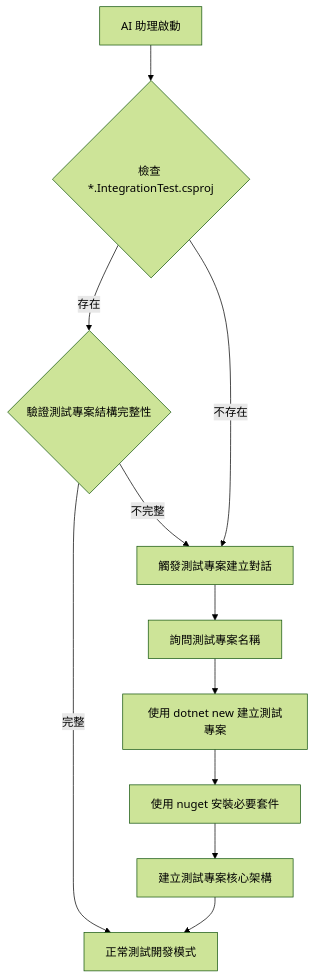
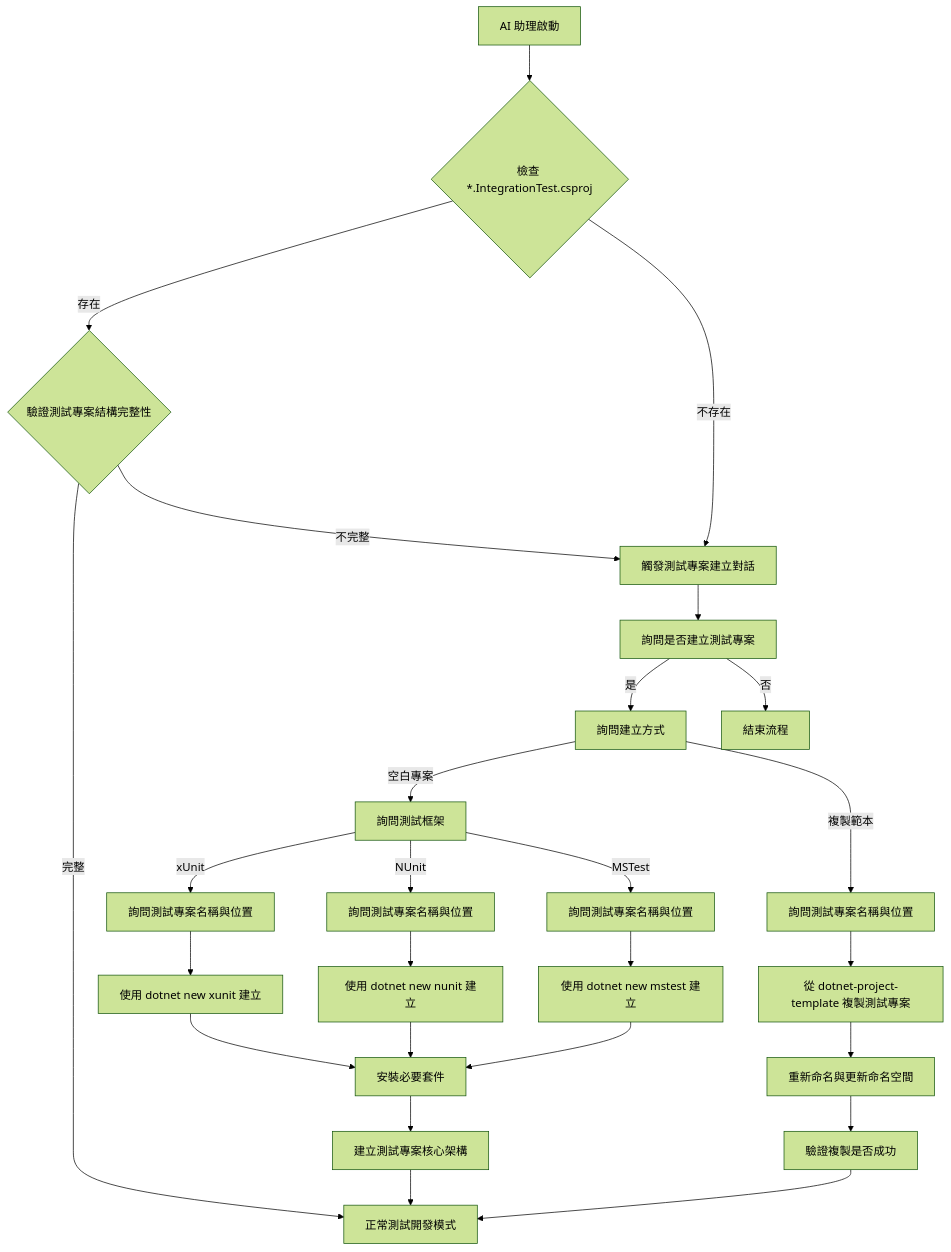
Before and after one commit to yaochangyu/api.template: the first of 3 diagrams in .github/skills/webapi-real-testing/SKILL.md, drawn with Mermaid (forest theme). The commit also changed other lines of this file, not shown here.

````diff
--- a/.github/skills/webapi-real-testing/SKILL.md
+++ b/.github/skills/webapi-real-testing/SKILL.md
@@ -45,13 +45,28 @@
 ```mermaid
 graph TD
     A[AI 助理啟動] --> B{檢查 *.IntegrationTest.csproj}
     B -->|存在| C{驗證測試專案結構完整性}
     B -->|不存在| D[觸發測試專案建立對話]
     C -->|完整| E[正常測試開發模式]
     C -->|不完整| D
-    D --> F[詢問測試專案名稱]
-    F --> G[使用 dotnet new 建立測試專案]
-    G --> H[使用 nuget 安裝必要套件]
-    H --> I[建立測試專案核心架構]
-    I --> E
+    D --> F[詢問是否建立測試專案]
+    F -->|是| G[詢問建立方式]
+    F -->|否| H[結束流程]
+    G -->|空白專案| I[詢問測試框架]
+    G -->|複製範本| J[詢問測試專案名稱與位置]
+    I -->|xUnit| K1[詢問測試專案名稱與位置]
+    I -->|NUnit| K2[詢問測試專案名稱與位置]
+    I -->|MSTest| K3[詢問測試專案名稱與位置]
+    K1 --> L1[使用 dotnet new xunit 建立]
+    K2 --> L2[使用 dotnet new nunit 建立]
+    K3 --> L3[使用 dotnet new mstest 建立]
+    J --> M1[從 dotnet-project-template 複製測試專案]
+    L1 --> M2[安裝必要套件]
+    L2 --> M2
+    L3 --> M2
+    M1 --> M3[重新命名與更新命名空間]
+    M2 --> N[建立測試專案核心架構]
+    M3 --> O[驗證複製是否成功]
+    N --> E
+    O --> E
 ```
````
